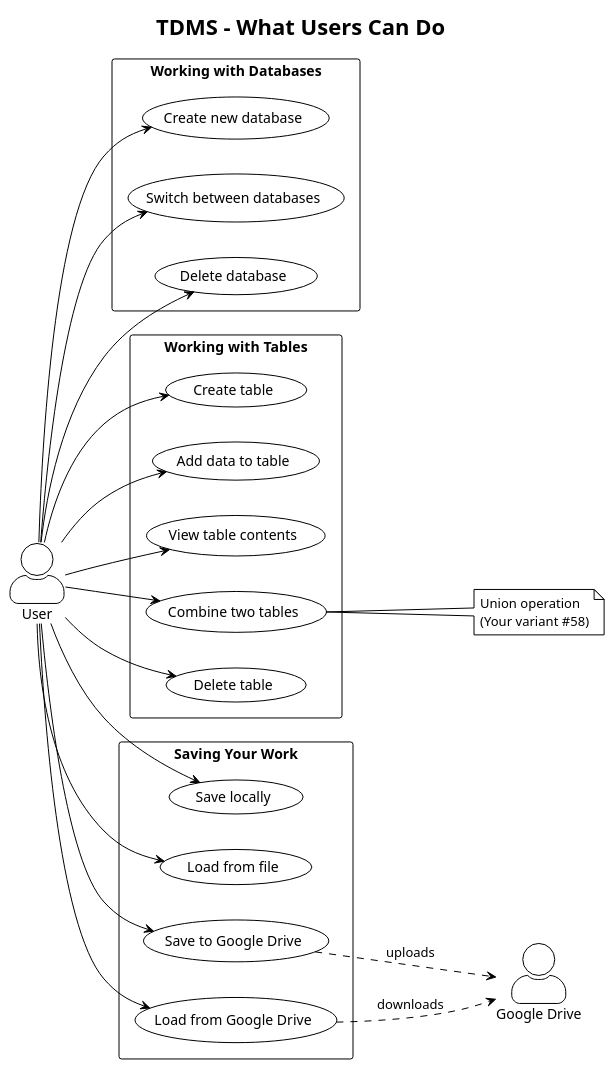
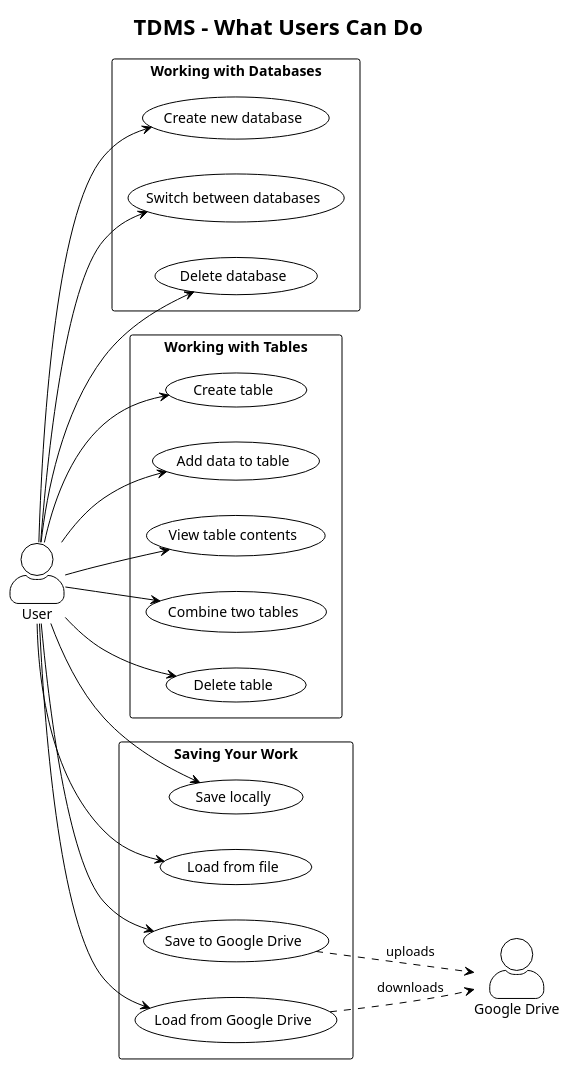
One commit to PavelShpagin/TDMS changed the diagram in UML/01_use_case.puml. Above: the diagram before and after it, drawn with PlantUML. The commit also changed 44 other files, not shown here.

```diff
--- a/UML/01_use_case.puml
+++ b/UML/01_use_case.puml
@@ -1,53 +1,50 @@
 @startuml use_case
 !theme plain
 title TDMS - What Users Can Do
 
 left to right direction
 skinparam actorStyle awesome
 
 actor User
 actor "Google Drive" as GDrive
 
 rectangle "Working with Databases" {
   usecase "Create new database" as UC1
   usecase "Switch between databases" as UC2
   usecase "Delete database" as UC3
 }
 
 rectangle "Working with Tables" {
   usecase "Create table" as UC4
   usecase "Add data to table" as UC5
   usecase "View table contents" as UC6
   usecase "Combine two tables" as UC7
   usecase "Delete table" as UC8
 }
 
 rectangle "Saving Your Work" {
   usecase "Save locally" as UC9
   usecase "Load from file" as UC10
   usecase "Save to Google Drive" as UC11
   usecase "Load from Google Drive" as UC12
 }
 
 User --> UC1
 User --> UC2
 User --> UC3
 User --> UC4
 User --> UC5
 User --> UC6
 User --> UC7
 User --> UC8
 User --> UC9
 User --> UC10
 User --> UC11
 User --> UC12
 
 UC11 ..> GDrive : uploads
 UC12 ..> GDrive : downloads
 
-note right of UC7
-  Union operation
-  (Your variant #58)
-end note
+
 
 @enduml
```
